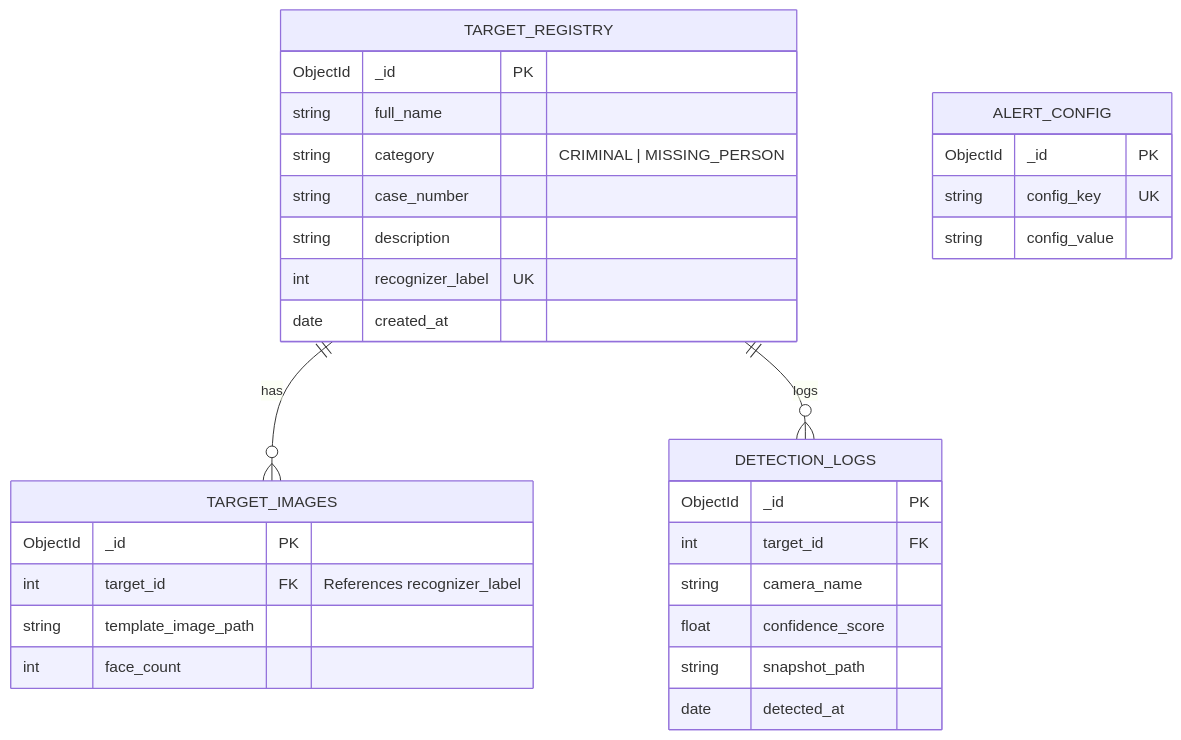
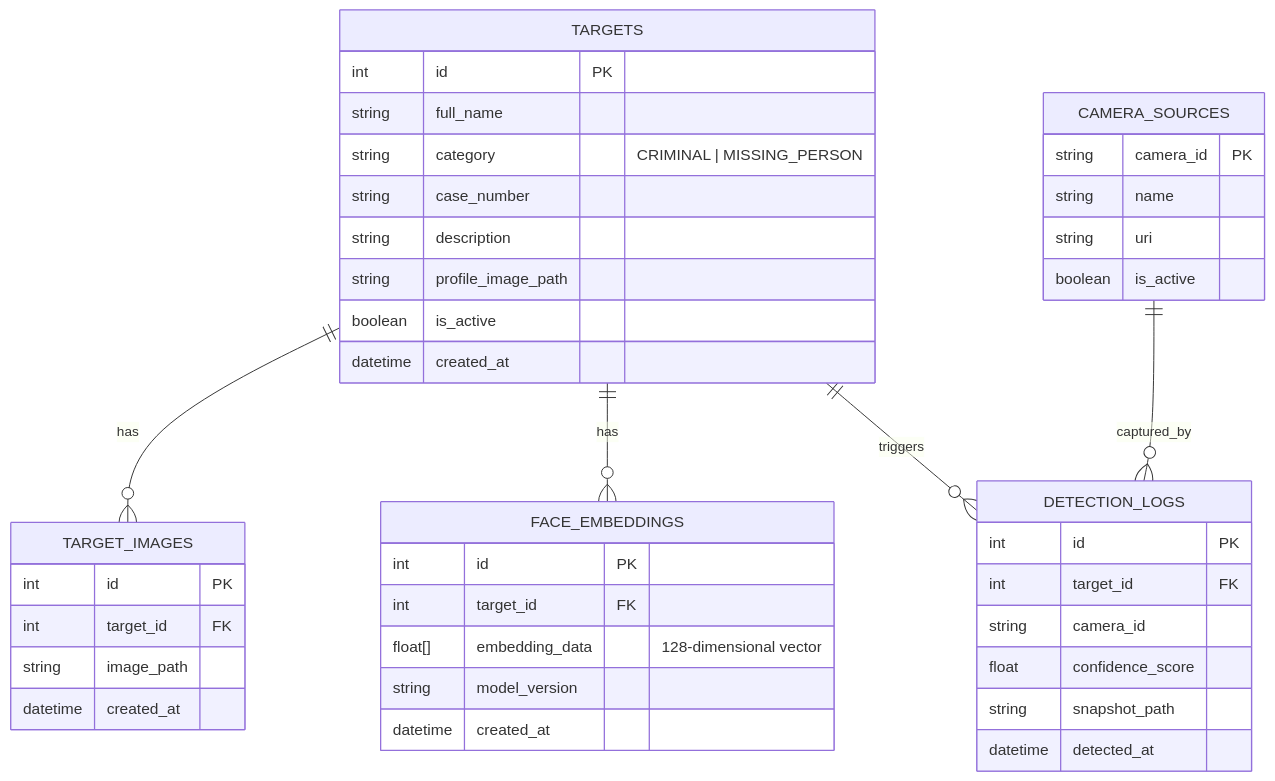
One commit to sachinxrg/DrishtiX changed the second of 2 diagrams in README.md. Above: the diagram before and after it, drawn with Mermaid. The commit also changed other lines of this file and 3 other files, not shown here.

Commit message:
docs: document project architecture, directory structure, and module roles

````diff
--- a/README.md
+++ b/README.md
@@ -88,34 +146,49 @@
 ```mermaid
 erDiagram
-    TARGET_REGISTRY {
-        ObjectId _id PK
+    TARGETS {
+        int id PK
         string full_name
         string category "CRIMINAL | MISSING_PERSON"
         string case_number
         string description
-        int recognizer_label UK
-        date created_at
+        string profile_image_path
+        boolean is_active
+        datetime created_at
     }
+
     TARGET_IMAGES {
-        ObjectId _id PK
-        int target_id FK "References recognizer_label"
-        string template_image_path
-        int face_count
+        int id PK
+        int target_id FK
+        string image_path
+        datetime created_at
     }
+
+    FACE_EMBEDDINGS {
+        int id PK
+        int target_id FK
+        float[] embedding_data "128-dimensional vector"
+        string model_version
+        datetime created_at
+    }
+
     DETECTION_LOGS {
-        ObjectId _id PK
+        int id PK
         int target_id FK
-        string camera_name
+        string camera_id
         float confidence_score
         string snapshot_path
-        date detected_at
+        datetime detected_at
     }
-    ALERT_CONFIG {
-        ObjectId _id PK
-        string config_key UK
-        string config_value
+
+    CAMERA_SOURCES {
+        string camera_id PK
+        string name
+        string uri
+        boolean is_active
     }
-    
-    TARGET_REGISTRY ||--o{ TARGET_IMAGES : "has"
-    TARGET_REGISTRY ||--o{ DETECTION_LOGS : "logs"
+
+    TARGETS ||--o{ TARGET_IMAGES : "has"
+    TARGETS ||--o{ FACE_EMBEDDINGS : "has"
+    TARGETS ||--o{ DETECTION_LOGS : "triggers"
+    CAMERA_SOURCES ||--o{ DETECTION_LOGS : "captured_by"
 ```
````
